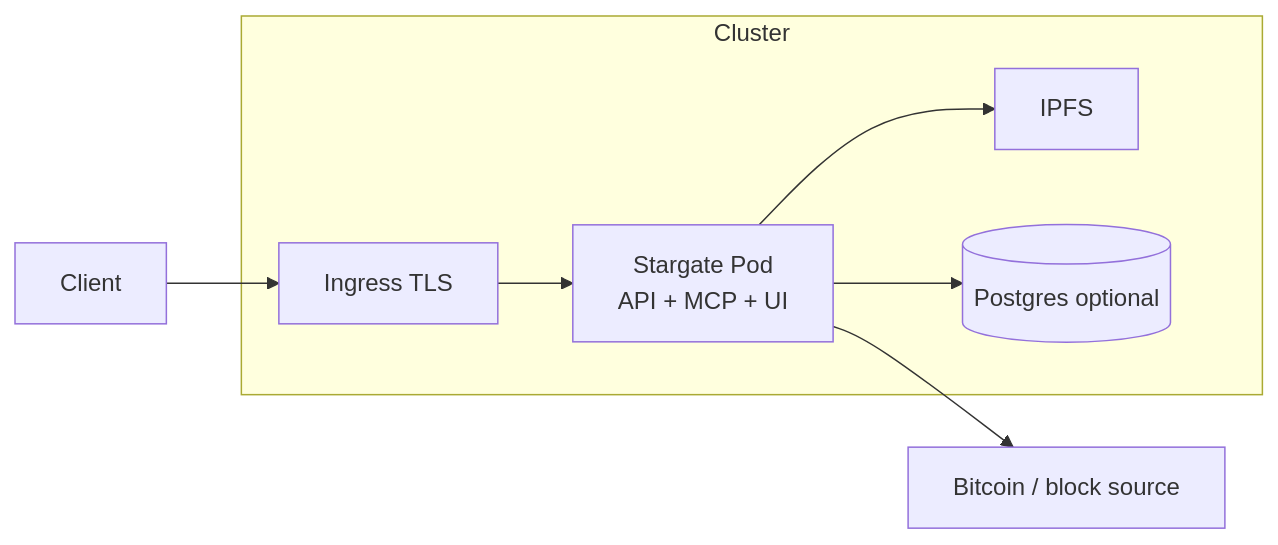
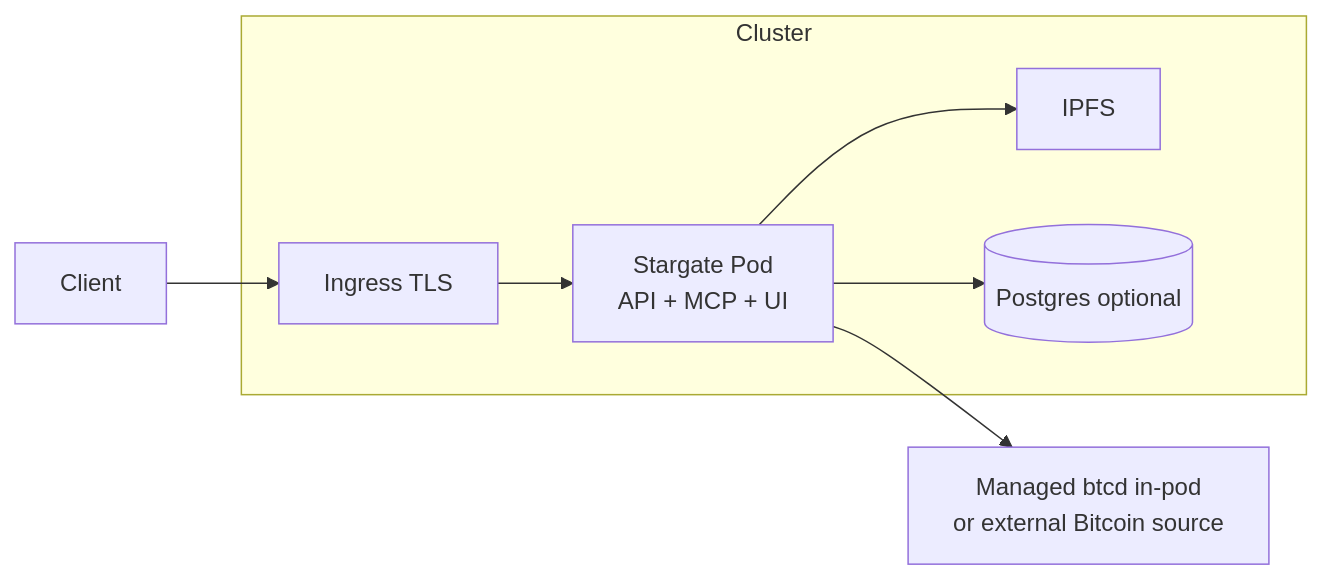
Before and after one commit to macroadster/starlight: the sixth of 6 diagrams in ARCHITECTURE.md, drawn with Mermaid. The commit also changed other lines of this file, not shown here.

Commit message:
docs: update ARCHITECTURE.md — marketplace framing, starlight-ai naming, drop stale tls/ and HTTP-scanner refs, managed btcd default

````diff
--- a/ARCHITECTURE.md
+++ b/ARCHITECTURE.md
@@ -187,14 +190,14 @@
 ```mermaid
 flowchart LR
   subgraph Cluster
     ING[Ingress TLS]
     SG[Stargate Pod<br/>API + MCP + UI]
     IPFS_P[IPFS]
     PG[(Postgres optional)]
   end
 
   Client --> ING --> SG
   SG --> IPFS_P
   SG --> PG
-  SG --> BTC_RPC[Bitcoin / block source]
+  SG --> BTC_RPC[Managed btcd in-pod<br/>or external Bitcoin source]
 ```
````
